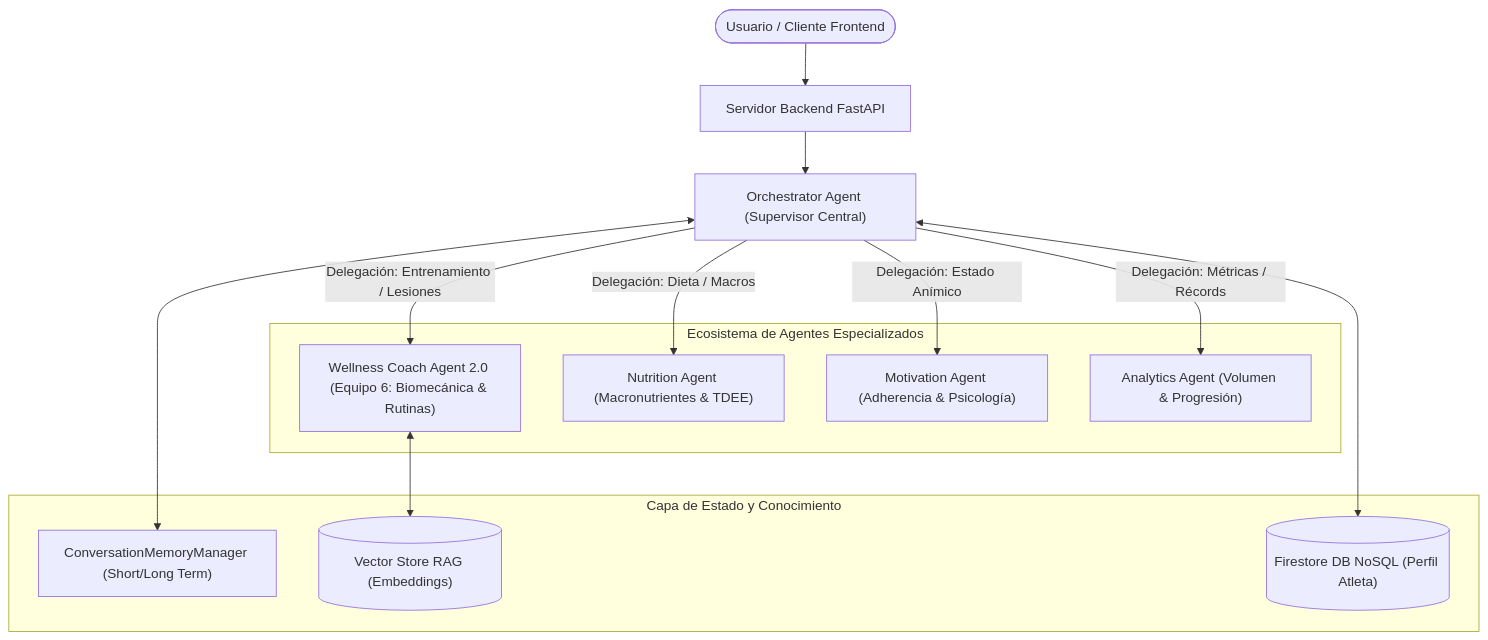
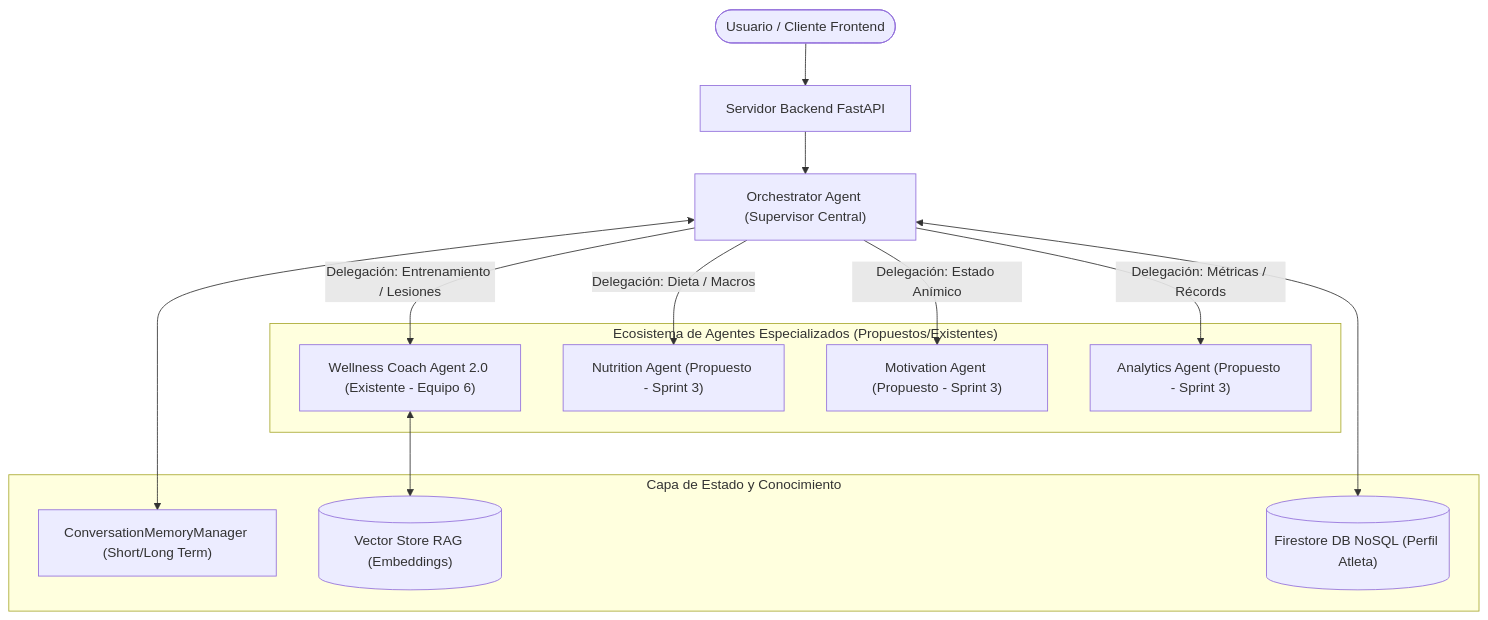
The first of 3 diagrams in docs/architecture/multiagent-architecture.md (YaskCode-laboratory/wellness-platform-team6), drawn with Mermaid before and after one commit. The commit also changed other lines of this file and 2 other files, not shown here.

````diff
--- a/docs/architecture/multiagent-architecture.md
+++ b/docs/architecture/multiagent-architecture.md
@@ -47,28 +67,28 @@
 ```mermaid
 flowchart TD
     Client(["Usuario / Cliente Frontend"]) --> FastAPI["Servidor Backend FastAPI"]
     FastAPI --> Orchestrator["Orchestrator Agent (Supervisor Central)"]
 
     subgraph MemoryLayer["Capa de Estado y Conocimiento"]
         Memory["ConversationMemoryManager (Short/Long Term)"]
         VectorStore[("Vector Store RAG (Embeddings)")]
         FirestoreDB[("Firestore DB NoSQL (Perfil Atleta)")]
     end
 
     Orchestrator <--> Memory
     Orchestrator <--> FirestoreDB
 
-    subgraph SpecialistAgents["Ecosistema de Agentes Especializados"]
-        CoachAgent["Wellness Coach Agent 2.0 (Equipo 6: Biomecánica & Rutinas)"]
-        NutriAgent["Nutrition Agent (Macronutrientes & TDEE)"]
-        MotiAgent["Motivation Agent (Adherencia & Psicología)"]
-        AnalyAgent["Analytics Agent (Volumen & Progresión)"]
+    subgraph SpecialistAgents["Ecosistema de Agentes Especializados (Propuestos/Existentes)"]
+        CoachAgent["Wellness Coach Agent 2.0 (Existente - Equipo 6)"]
+        NutriAgent["Nutrition Agent (Propuesto - Sprint 3)"]
+        MotiAgent["Motivation Agent (Propuesto - Sprint 3)"]
+        AnalyAgent["Analytics Agent (Propuesto - Sprint 3)"]
     end
 
     Orchestrator -- "Delegación: Entrenamiento / Lesiones" --> CoachAgent
     Orchestrator -- "Delegación: Dieta / Macros" --> NutriAgent
     Orchestrator -- "Delegación: Estado Anímico" --> MotiAgent
     Orchestrator -- "Delegación: Métricas / Récords" --> AnalyAgent
 
     CoachAgent <--> VectorStore
 ```
````
